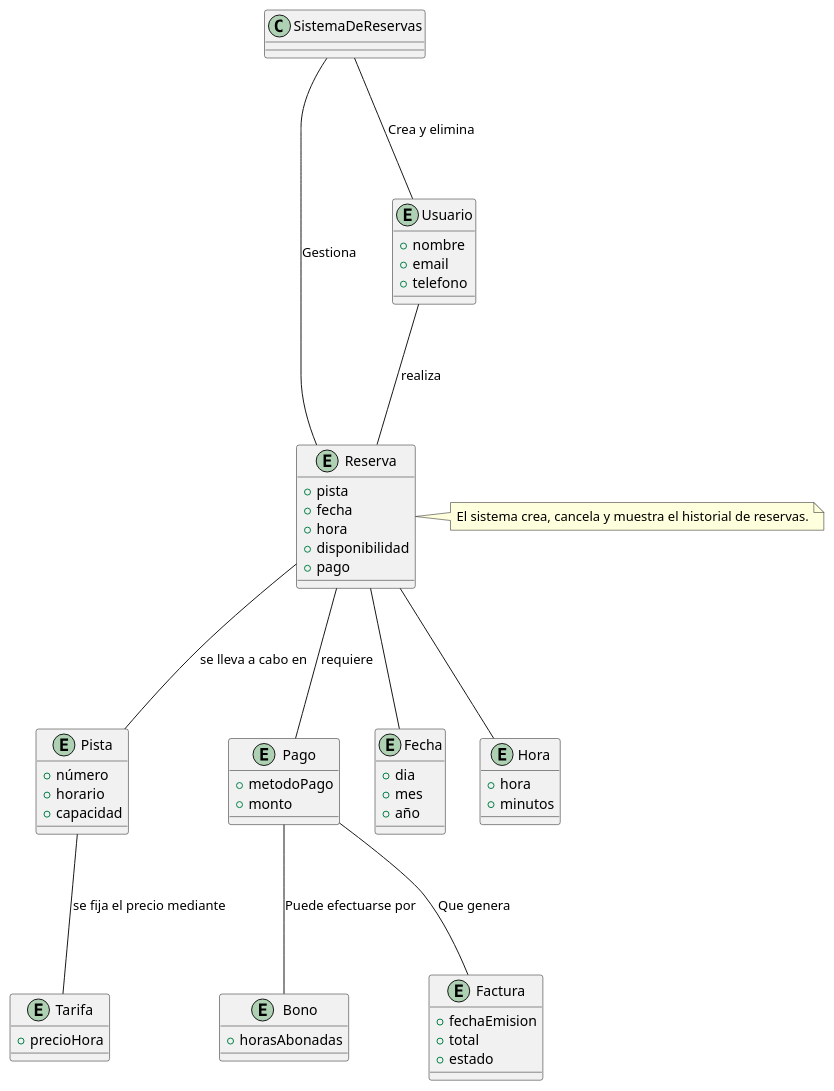
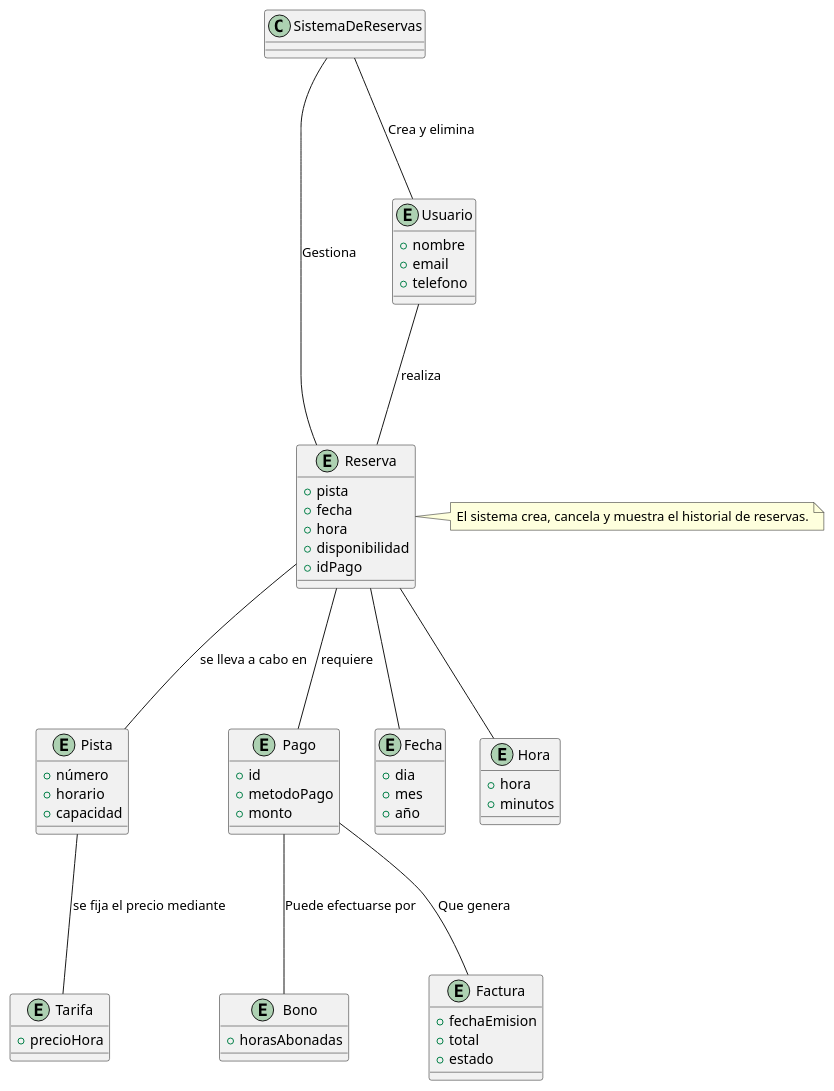
Before and after one commit to pablarce/23-24-IdSw1-SDR: the diagram in ModeloDeDominio/DiagramaDeClases.puml, drawn with PlantUML. The commit also changed 1 other file, not shown here.

Commit message:
Modificaciones diagrama de clases de modelo del dominio

```diff
--- a/ModeloDeDominio/DiagramaDeClases.puml
+++ b/ModeloDeDominio/DiagramaDeClases.puml
@@ -1,65 +1,66 @@
 @startuml Sistema de reservas
 
 entity Reserva {
   + pista
   + fecha
   + hora
   + disponibilidad
-  + pago
+  + idPago
 }
 
 note right of Reserva: El sistema crea, cancela y muestra el historial de reservas.
 
 entity Usuario {
   + nombre
   + email
   + telefono
 }
 entity Pista {
   + número
   + horario
   + capacidad
 }
 
 entity Pago {
+  + id
   + metodoPago
   + monto
 }
 
 entity Bono {
   + horasAbonadas
 }
 
 entity Factura {
   + fechaEmision
   + total
   + estado
 }
 
 entity Tarifa {
   + precioHora
 }
 
 entity Fecha {
   + dia
   + mes
   + año
 }
 
 entity Hora {
   + hora
   + minutos
 }
 
 SistemaDeReservas --- Usuario : Crea y elimina
 SistemaDeReservas --- Reserva : Gestiona
 Usuario --- Reserva: realiza
 Reserva --- Pago: requiere
 Reserva --- Pista: se lleva a cabo en
 Pista --- Tarifa: se fija el precio mediante
 Reserva --- Fecha
 Reserva --- Hora
 Pago --- Factura: Que genera 
 Pago --- Bono : Puede efectuarse por
 
 @enduml
```
